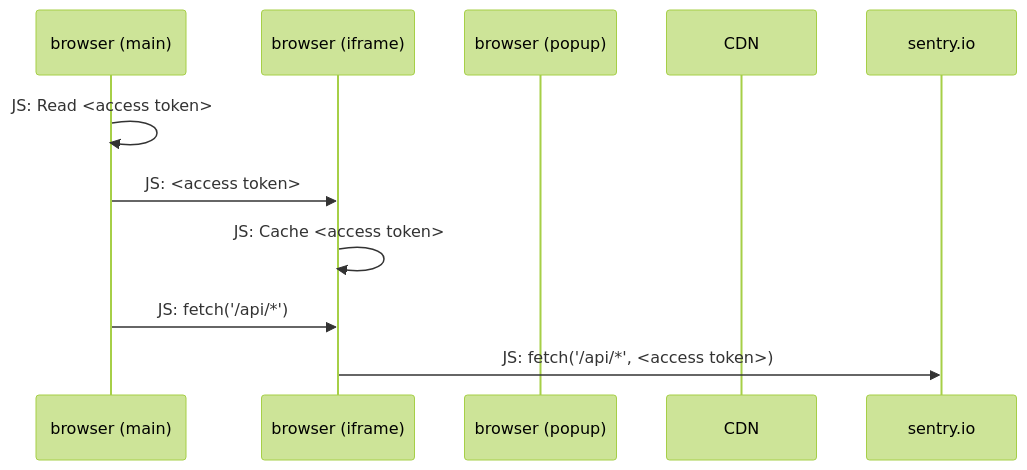
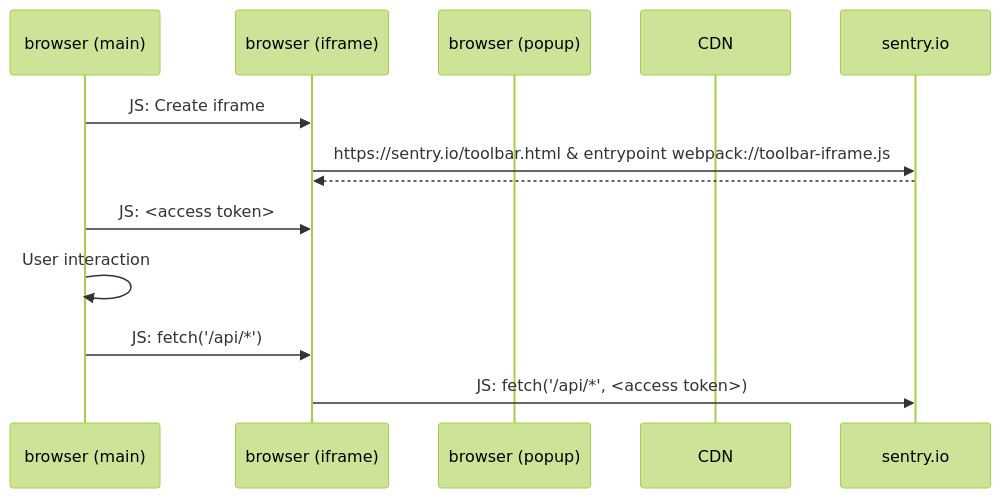
One commit to getsentry/sentry-toolbar changed the third of 3 diagrams in docs/diagrams.md. Above: the diagram before and after it, drawn with Mermaid (forest theme). The commit also changed other lines of this file, not shown here.

````diff
--- a/docs/diagrams.md
+++ b/docs/diagrams.md
@@ -45,14 +45,16 @@
 ```mermaid
 sequenceDiagram
   participant browser (main)
   participant browser (iframe)
   participant browser (popup)
   participant CDN
   participant sentry.io
 
-  browser (main)->>browser (main): JS: Read <access token>
+  browser (main)->>browser (iframe): JS: Create iframe
+  browser (iframe)->>sentry.io: https://sentry.io/toolbar.html & entrypoint webpack://toolbar-iframe.js
+  sentry.io-->>browser (iframe): 
   browser (main)->>browser (iframe): JS: <access token>
-  browser (iframe)->>browser (iframe): JS: Cache <access token>
+  browser (main)->>browser (main): User interaction
   browser (main)->>browser (iframe): JS: fetch('/api/*')
   browser (iframe)->>sentry.io: JS: fetch('/api/*', <access token>)
 ```
````
